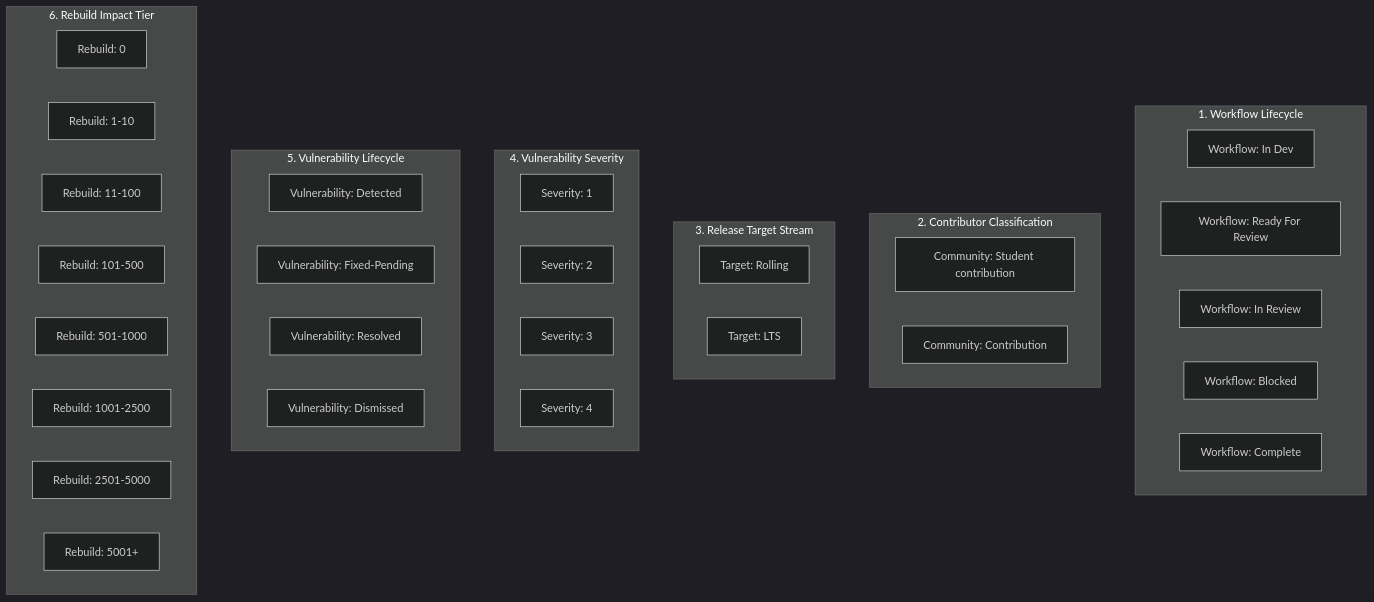
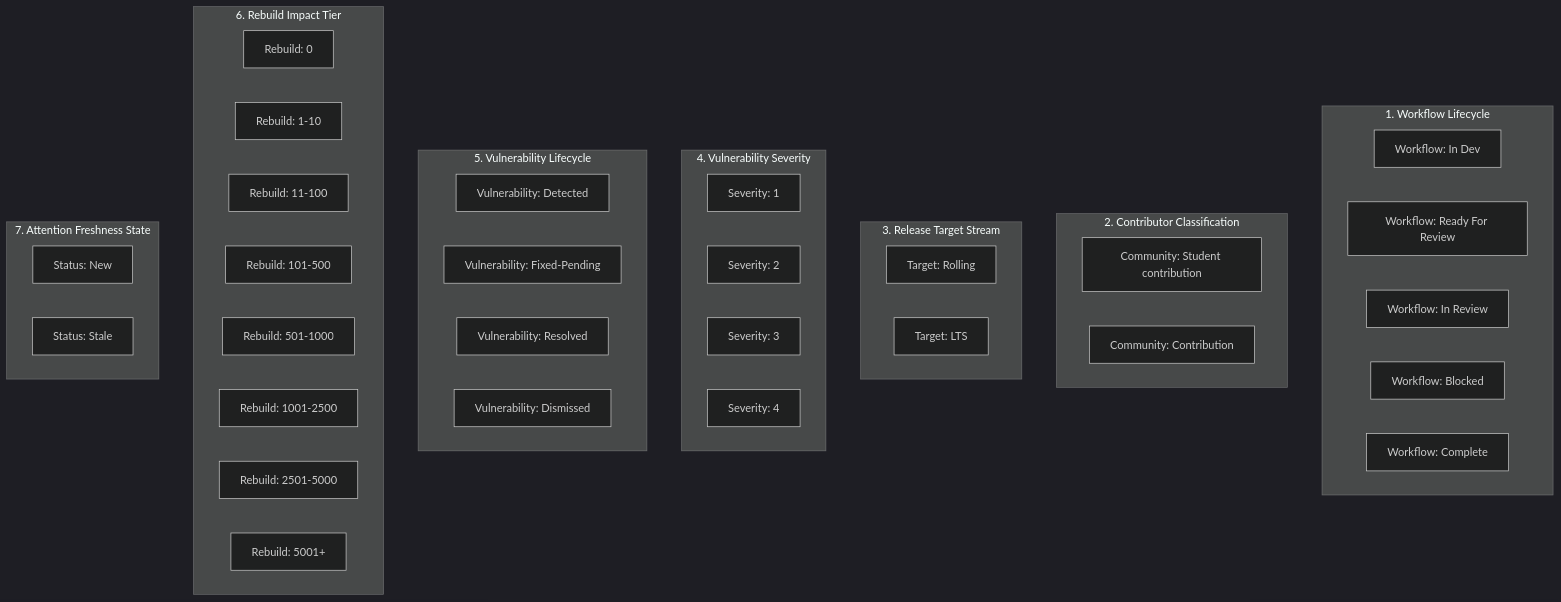
The diagram in docs/labels.md (SteveZMTstudios/abaci-bot), drawn with Mermaid (dark theme) before and after one commit. The commit also changed other lines of this file and 23 other files, not shown here.

````diff
--- a/docs/labels.md
+++ b/docs/labels.md
@@ -76,45 +76,50 @@
 ```mermaid
 flowchart TD
     subgraph G1["1. Workflow Lifecycle"]
         W1["Workflow: In Dev"]
         W2["Workflow: Ready For Review"]
         W3["Workflow: In Review"]
         W4["Workflow: Blocked"]
         W5["Workflow: Complete"]
     end
 
     subgraph G2["2. Contributor Classification"]
         C1["Community: Student contribution"]
         C2["Community: Contribution"]
     end
 
     subgraph G3["3. Release Target Stream"]
         T1["Target: Rolling"]
         T2["Target: LTS"]
     end
 
     subgraph G4["4. Vulnerability Severity"]
         S1["Severity: 1"]
         S2["Severity: 2"]
         S3["Severity: 3"]
         S4["Severity: 4"]
     end
 
     subgraph G5["5. Vulnerability Lifecycle"]
         V1["Vulnerability: Detected"]
         V2["Vulnerability: Fixed-Pending"]
         V3["Vulnerability: Resolved"]
         V4["Vulnerability: Dismissed"]
     end
 
     subgraph G6["6. Rebuild Impact Tier"]
         R0["Rebuild: 0"]
         R1["Rebuild: 1-10"]
         R2["Rebuild: 11-100"]
         R3["Rebuild: 101-500"]
         R4["Rebuild: 501-1000"]
         R5["Rebuild: 1001-2500"]
         R6["Rebuild: 2501-5000"]
         R7["Rebuild: 5001+"]
     end
+
+    subgraph G7["7. Attention Freshness State"]
+        A1["Status: New"]
+        A2["Status: Stale"]
+    end
 ```
````
